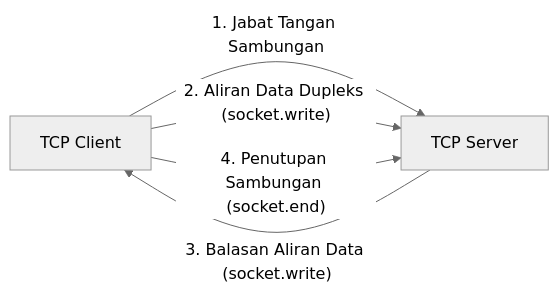
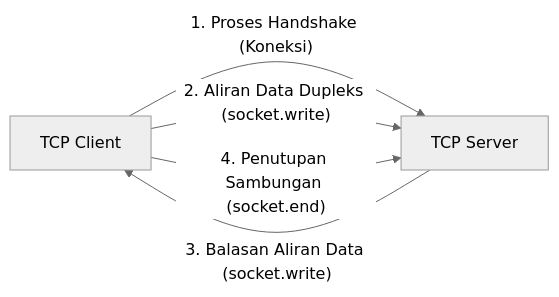
Before and after one commit to san4byte/nodejs-handbook: the diagram in 01-core-modules/12-net/README.md, drawn with Mermaid (neutral theme). The commit also changed other lines of this file and 64 other files, not shown here.

````diff
--- a/01-core-modules/12-net/README.md
+++ b/01-core-modules/12-net/README.md
@@ -24,7 +27,7 @@
 ```mermaid
 flowchart LR
-    CLIENT["TCP Client"] -- 1. Jabat Tangan Sambungan --> SERVER["TCP Server"]
+    CLIENT["TCP Client"] -- 1. Proses Handshake (Koneksi) --> SERVER["TCP Server"]
     CLIENT -- 2. Aliran Data Dupleks (socket.write) --> SERVER
     SERVER -- 3. Balasan Aliran Data (socket.write) --> CLIENT
     CLIENT -- 4. Penutupan Sambungan (socket.end) --> SERVER
 ```
````
